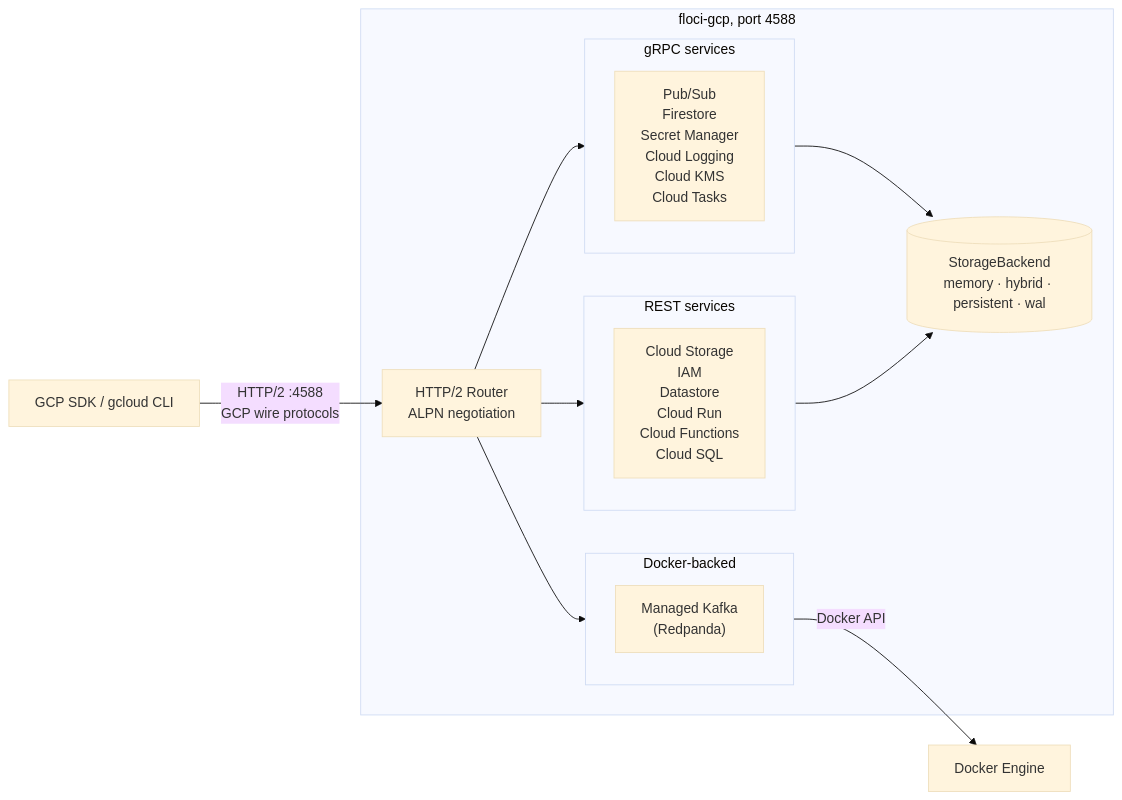
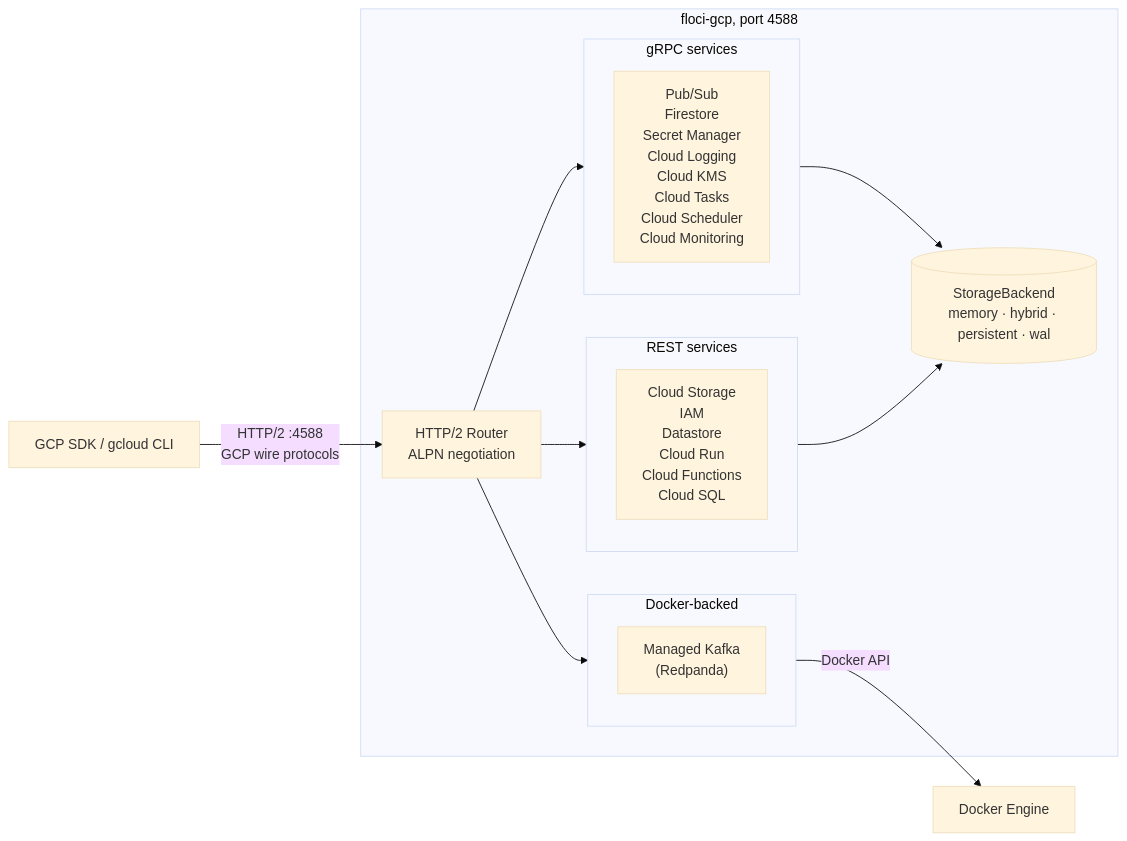
One commit to floci-io/floci-gcp changed the diagram in README.md. Above: the diagram before and after it, drawn with Mermaid (base theme). The commit also changed other lines of this file and 9 other files, not shown here.

First line of the commit message:
docs: polish README, add Cloud Monitoring, and slim the configuration section (#70)

````diff
--- a/README.md
+++ b/README.md
@@ -148,29 +149,29 @@
 ```mermaid
 flowchart LR
     Client["GCP SDK / gcloud CLI"]
 
     subgraph FlociGCP ["floci-gcp, port 4588"]
         Router["HTTP/2 Router\nALPN negotiation"]
 
         subgraph GRPC ["gRPC services"]
-            A["Pub/Sub\nFirestore\nSecret Manager\nCloud Logging\nCloud KMS\nCloud Tasks"]
+            A["Pub/Sub\nFirestore\nSecret Manager\nCloud Logging\nCloud KMS\nCloud Tasks\nCloud Scheduler\nCloud Monitoring"]
         end
 
         subgraph REST ["REST services"]
             B["Cloud Storage\nIAM\nDatastore\nCloud Run\nCloud Functions\nCloud SQL"]
         end
 
         subgraph Docker ["Docker-backed"]
             C["Managed Kafka\n(Redpanda)"]
         end
 
         Router --> GRPC
         Router --> REST
         Router --> Docker
         GRPC & REST --> Store[("StorageBackend\nmemory · hybrid · persistent · wal")]
     end
 
     DockerEngine["Docker Engine"]
     Client -->|"HTTP/2 :4588\nGCP wire protocols"| Router
     Docker -->|"Docker API"| DockerEngine
 ```
````
